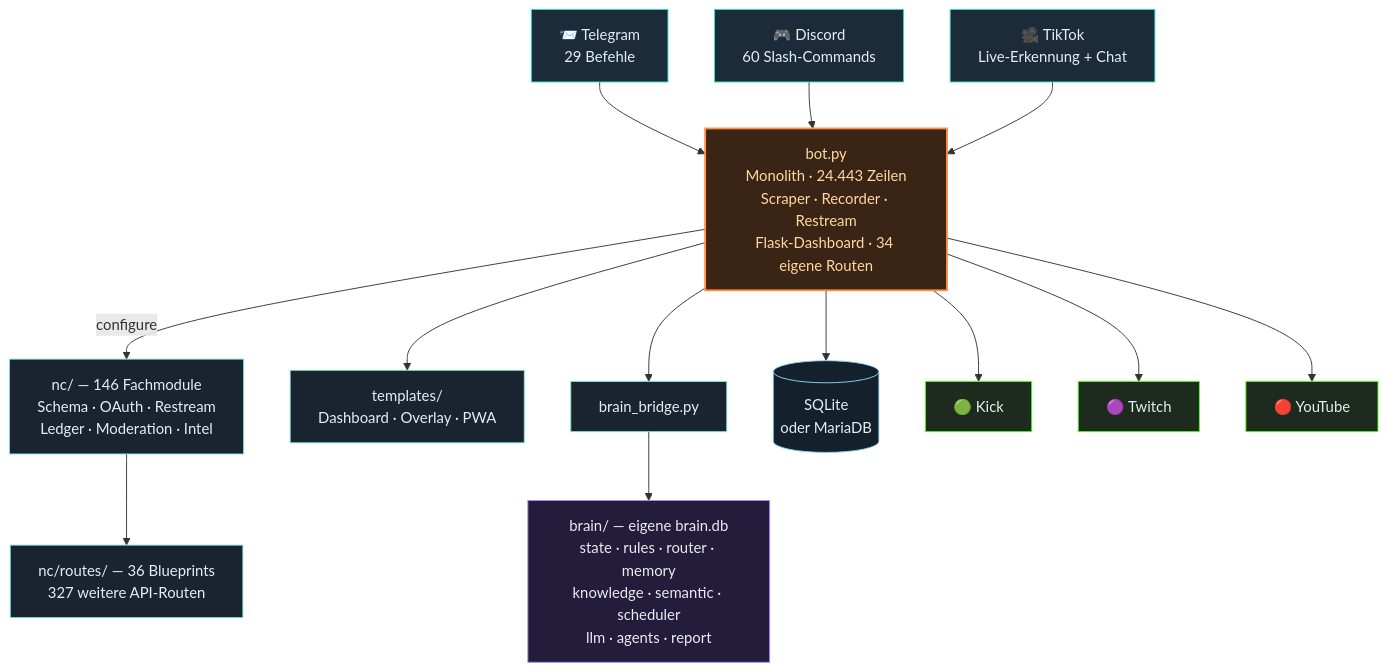
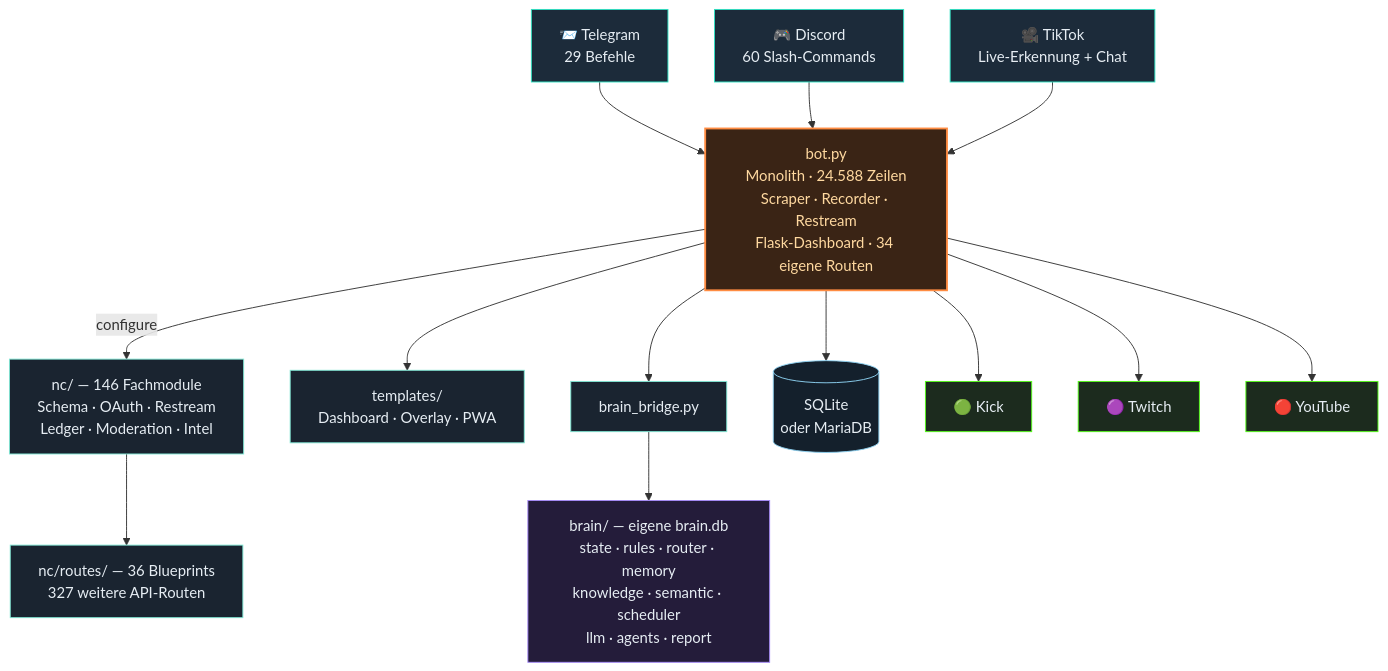
The third of 4 diagrams in README.md (itsamemedev/Telegram-Stream-Info-Bot), drawn with Mermaid before and after one commit. The commit also changed other lines of this file and 12 other files, not shown here.

First line of the commit message:
v4.2-W100: Ein Build aus dem Installer, und was er zeigte (#146)

````diff
--- a/README.md
+++ b/README.md
@@ -189,30 +189,30 @@
 ```mermaid
 flowchart TB
     TG["📨 Telegram<br/>29 Befehle"]:::ein
     DC["🎮 Discord<br/>60 Slash-Commands"]:::ein
     TT["🎥 TikTok<br/>Live-Erkennung + Chat"]:::ein
 
     TG --> BOT
     DC --> BOT
     TT --> BOT
 
-    BOT["bot.py<br/>Monolith · 24.443 Zeilen<br/>Scraper · Recorder · Restream<br/>Flask-Dashboard · 34 eigene Routen"]:::core
+    BOT["bot.py<br/>Monolith · 24.588 Zeilen<br/>Scraper · Recorder · Restream<br/>Flask-Dashboard · 34 eigene Routen"]:::core
 
     BOT -->|configure| NC["nc/ — 146 Fachmodule<br/>Schema · OAuth · Restream<br/>Ledger · Moderation · Intel"]:::lib
     NC --> RT["nc/routes/ — 36 Blueprints<br/>327 weitere API-Routen"]:::lib
     BOT --> TPL["templates/<br/>Dashboard · Overlay · PWA"]:::lib
     BOT --> BR["brain_bridge.py"]:::lib
     BR --> BRAIN["brain/ — eigene brain.db<br/>state · rules · router · memory<br/>knowledge · semantic · scheduler<br/>llm · agents · report"]:::brain
     BOT --> DB[("SQLite<br/>oder MariaDB")]:::db
 
     BOT --> KICK["🟢 Kick"]:::out
     BOT --> TW["🟣 Twitch"]:::out
     BOT --> YT["🔴 YouTube"]:::out
 
     classDef ein fill:#1c2b3a,stroke:#2de1c2,color:#e6edf3
     classDef core fill:#3a2415,stroke:#ff8c42,stroke-width:2px,color:#ffd9a0
     classDef lib fill:#1a2430,stroke:#7fe7d4,color:#e6edf3
     classDef brain fill:#241c3a,stroke:#a78bfa,color:#e6edf3
     classDef db fill:#14202c,stroke:#8fd3f4,color:#e6edf3
     classDef out fill:#1c2b1e,stroke:#53fc18,color:#e6edf3
 ```
````
